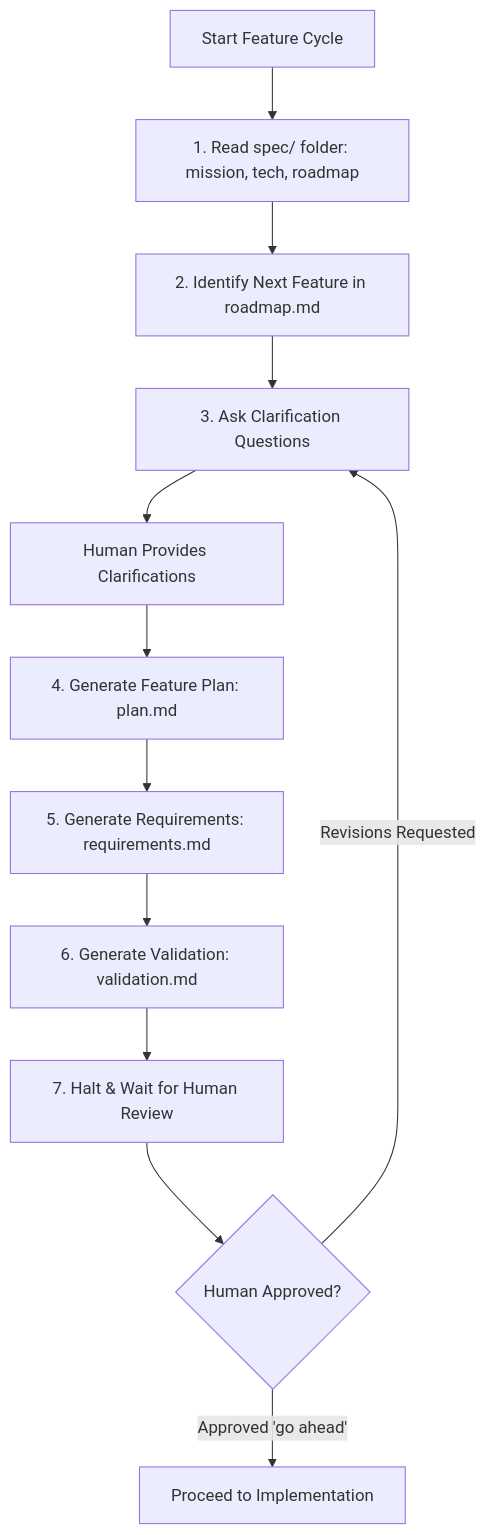
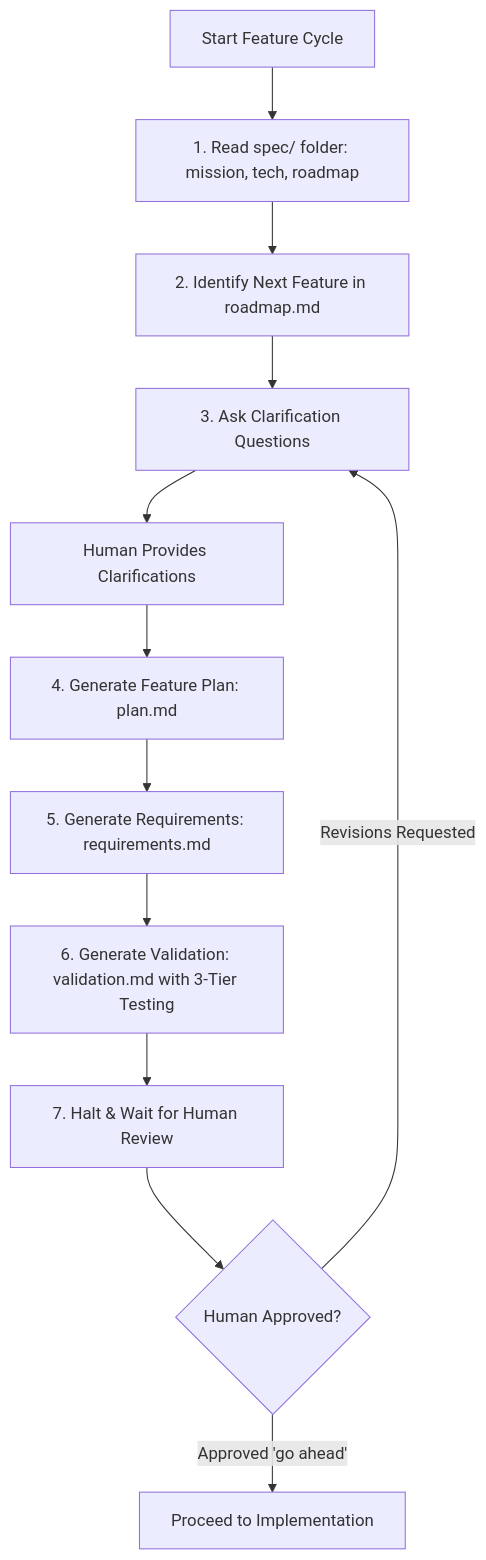
The diagram in .agents/skills/my-rule/SKILL.md (MaahmoudAbdelghany/Voice_Agent), drawn with Mermaid before and after one commit. The commit also changed other lines of this file, not shown here.

Commit message:
feat(skills): integrate 3-tier testing standards into SDD validation rule

````diff
--- a/.agents/skills/my-rule/SKILL.md
+++ b/.agents/skills/my-rule/SKILL.md
@@ -16,14 +16,14 @@
 ```mermaid
 flowchart TD
     A[Start Feature Cycle] --> B[1. Read spec/ folder: mission, tech, roadmap]
     B --> C[2. Identify Next Feature in roadmap.md]
     C --> D[3. Ask Clarification Questions]
     D --> E[Human Provides Clarifications]
     E --> F[4. Generate Feature Plan: plan.md]
     F --> G[5. Generate Requirements: requirements.md]
-    G --> H[6. Generate Validation: validation.md]
+    G --> H[6. Generate Validation: validation.md with 3-Tier Testing]
     H --> I[7. Halt & Wait for Human Review]
     I --> J{Human Approved?}
     J -- Revisions Requested --> D
     J -- Approved 'go ahead' --> K[Proceed to Implementation]
 ```
````
